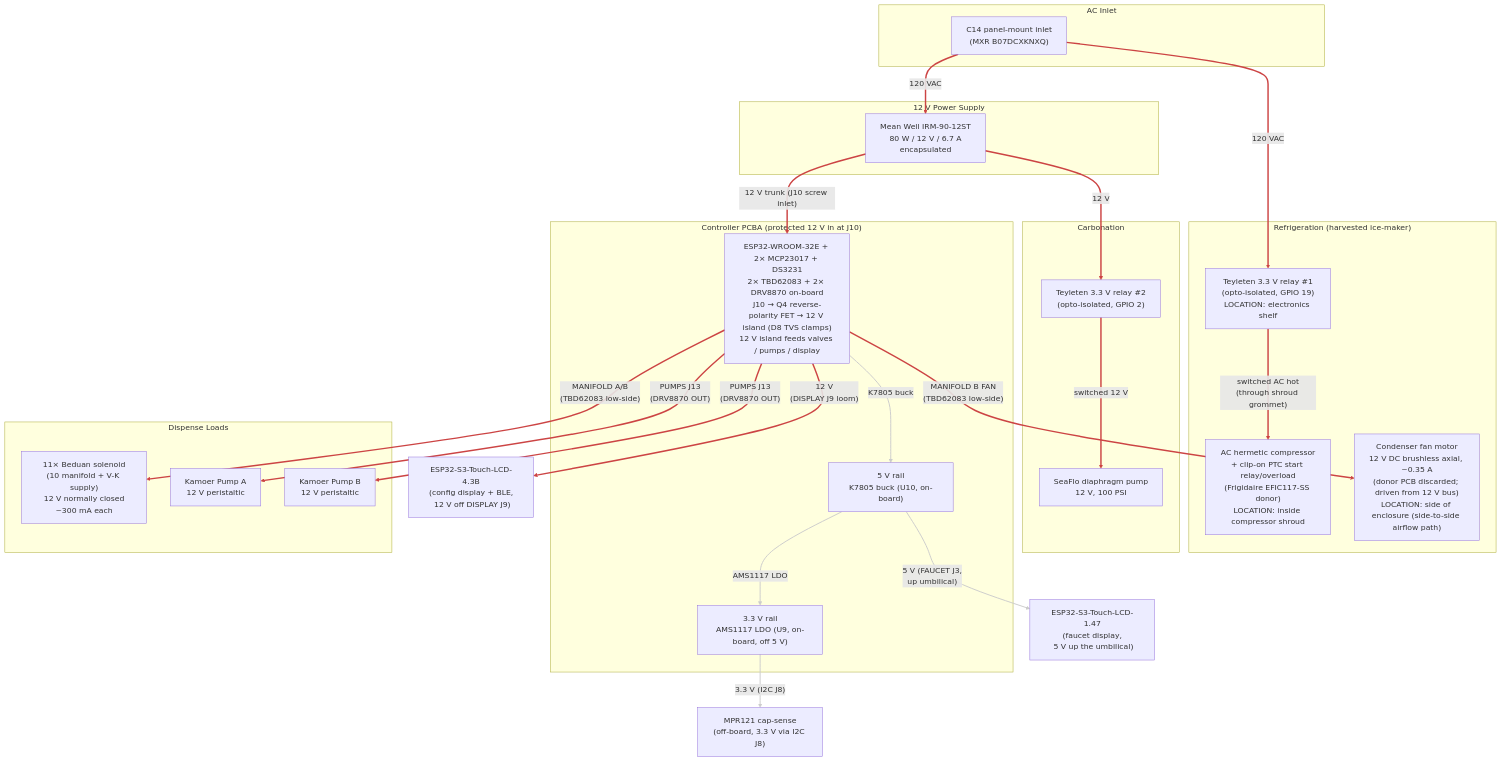
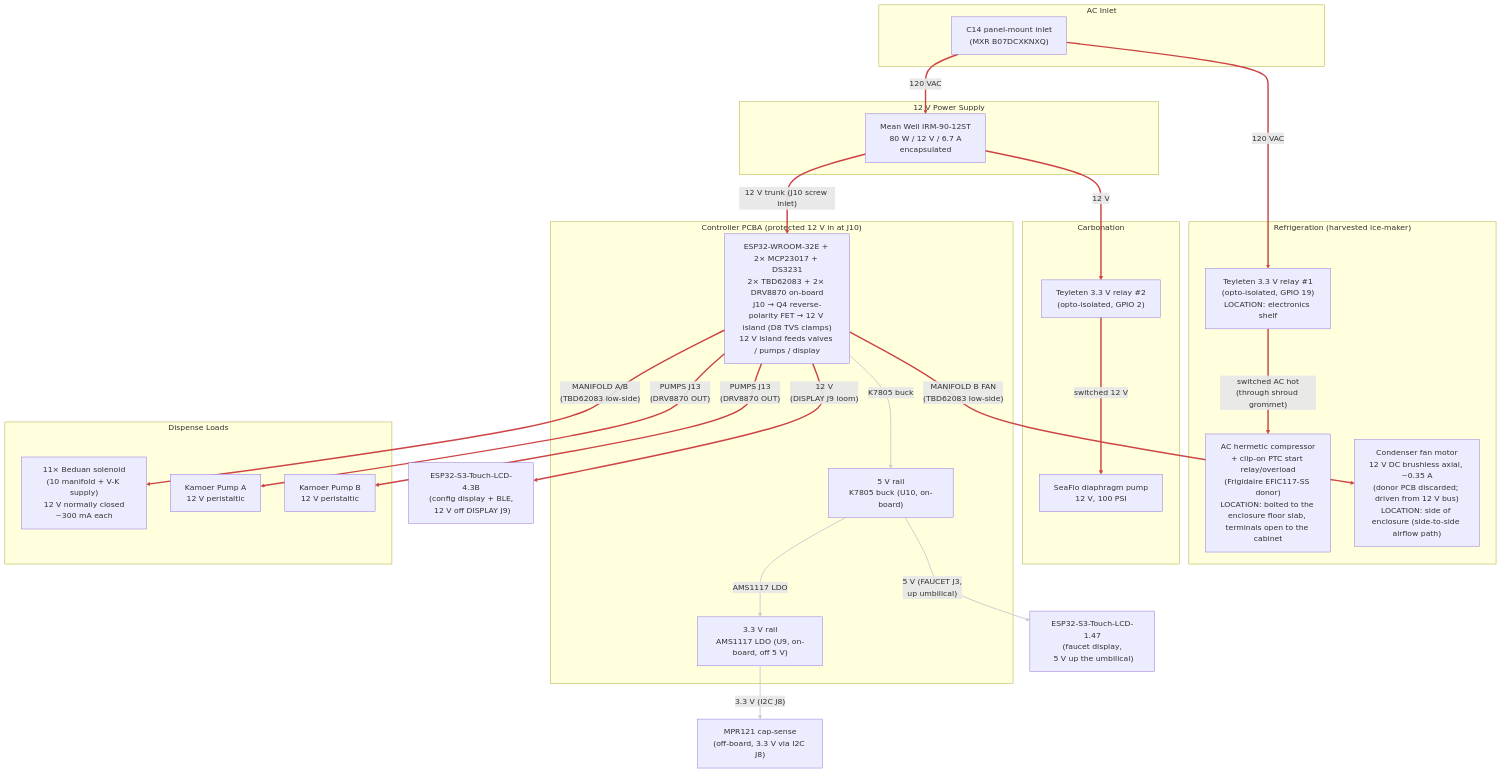
One commit to derekbreden/homesodamachine changed the diagram in hardware/wiring/power.mmd. Above: the diagram before and after it, drawn with Mermaid. The commit also changed 4 other files, not shown here.

```diff
--- a/hardware/wiring/power.mmd
+++ b/hardware/wiring/power.mmd
@@ -1,131 +1,133 @@
 flowchart TD
 
   %% Power Distribution (current plan).
   %% 120 VAC mains in via C14 inlet; Mean Well 12 V PSU supplies the
   %% 12 V bus for everything except the compressor itself, which runs
   %% on switched mains via Teyleten relay #1 (PCBA RELAYS J5, ESP32
   %% GPIO 19). The 12 V diaphragm pump is gated by Teyleten relay #2
   %% (PCBA RELAYS J5, ESP32 GPIO 2) so firmware can keep refill off
   %% during an active dispense. Both relay modules take their coil/opto
   %% 5 V from RELAYS J5.
   %% The 12 V bus feeds the controller PCBA at its screw inlet (J10).
   %% The inlet is protected in series: a P-channel MOSFET (Q4, AO3407)
   %% in the high side blocks reverse polarity before the 12 V reaches the
   %% island; and a 15 V TVS (D8, SMAJ15A) clamps input surges the board
   %% sees to under C3's 25 V rating. Overcurrent is bounded by the Mean
   %% Well supply's own 6.7 A OCP.
   %% The board makes its own logic rails — 5 V from the on-board K7805
   %% buck (U10), 3.3 V from the on-board AMS1117 LDO (U9, off the 5 V
   %% rail) — and carries the WROOM, both MCP23017s, the RTC, both
   %% TBD62083s, and the two DRV8870 pump H-bridges. Off-board 12 V
   %% loads draw through the board: solenoid valves + condenser fan
   %% through the TBD62083 channels (MANIFOLD A/B), peristaltic pumps through
   %% the DRV8870s (PUMPS J13), and the 4.3B config display through its
   %% loom connector (DISPLAY J9 carries RS485 + 12 V). The faucet
   %% display takes 5 V up the umbilical (FAUCET J3); the sensor loom
   %% (SENSORS J4) and the MQ-6 heater (GAS J11) draw 5 V / 3.3 V off
   %% the same on-board rails.
   %% Physical placement:
   %% - The C14 inlet, AC distribution, PSU, both Teyleten relays, and
   %%   the controller PCBA sit on a single electronics shelf at the
   %%   top-back of the enclosure, behind the rear-panel C14 inlet.
-  %% - The compressor sits middle-bottom inside a fire-rated metal
-  %%   shroud (because the appliance is going into kitchens used by
-  %%   friends, family, and customers the founder knows by name, and
-  %%   safe handling of the R-600a charge is what UL 60335-2-89
-  %%   actually requires); its clip-on PTC start relay + overload
-  %%   module is co-located with the compressor body inside the shroud.
-  %% - Teyleten relay #1 stays on the SHELF, OUTSIDE the shroud.
-  %%   Only switched AC enters the shroud (one wire bundle through one
-  %%   grommet: switched H + N + chassis G). This avoids placing an
-  %%   arcing contact inside the protected hydrocarbon-refrigerant
-  %%   compartment.
+  %% - The compressor sits middle-bottom, bolted down to the enclosure
+  %%   floor slab on four printed posts. Its terminal block and its
+  %%   clip-on PTC start relay + overload module stand OPEN to the
+  %%   cabinet volume — nothing encloses them. `/business/regulatory.md`
+  %%   carries that as a live gap against 60335-2-24's fire-enclosure
+  %%   requirement, and closing it is a prerequisite for any claim.
+  %% - Teyleten relay #1 stays on the SHELF, away from the refrigerant
+  %%   compartment. Only switched AC reaches the compressor — one
+  %%   jacketed SJOOW bundle, switched H + N + chassis G (AC-4/5/6),
+  %%   unbroken from the shelf and its own strain relief. This keeps
+  %%   the arcing contact out of the hydrocarbon-refrigerant volume,
+  %%   which is the one placement rule that still holds there.
   %% - The condenser fan motor is on the side of the enclosure
-  %%   (the side-to-side intake → condenser → exhaust airflow path)
-  %%   and is OUTSIDE the shroud. It is a 12 V DC brushless axial
+  %%   (the side-to-side intake → condenser → exhaust airflow path).
+  %%   It is a 12 V DC brushless axial
   %%   fan: the donor ice maker's own PCB regulated mains to 12 V
   %%   to drive it (factory wiring was never AC on the fan itself),
   %%   so on harvest we discard the donor PCB and drive the fan
   %%   from our own 12 V bus. Low-side switched via one channel of
   %%   TBD62083 #2 (MANIFOLD B FAN pin, driven from MCP23017 0x21
   %%   PA3) — same pattern as the solenoid valves. Firmware turns it
   %%   on/off in lockstep with the compressor.
   %% See `ac-wiring-schedule.md` for run-by-run gauges + lengths and
-  %% `../cut-parts/compressor-shroud/` for the shroud part.
+  %% `../assembly/enclosure-mechanical.md` §5 for the compressor's
+  %% four floor posts and the bond that lands under one of their screws.
 
   subgraph AC_Inlet["AC Inlet"]
     C14["C14 panel-mount inlet\n(MXR B07DCXKNXQ)"]
   end
 
   subgraph Supply["12 V Power Supply"]
     PSU["Mean Well IRM-90-12ST\n80 W / 12 V / 6.7 A\nencapsulated"]
   end
 
   subgraph Refrigeration["Refrigeration  (harvested ice-maker)"]
     RELAY["Teyleten 3.3 V relay #1\n(opto-isolated, GPIO 19)\nLOCATION: electronics shelf"]
-    COMP_AC["AC hermetic compressor\n+ clip-on PTC start relay/overload\n(Frigidaire EFIC117-SS donor)\nLOCATION: inside compressor shroud"]
+    COMP_AC["AC hermetic compressor\n+ clip-on PTC start relay/overload\n(Frigidaire EFIC117-SS donor)\nLOCATION: bolted to the enclosure floor slab, terminals open to the cabinet"]
     COND_FAN["Condenser fan motor\n12 V DC brushless axial, ~0.35 A\n(donor PCB discarded; driven from 12 V bus)\nLOCATION: side of enclosure (side-to-side airflow path)"]
   end
 
   subgraph Carbonation["Carbonation"]
     DIA_RELAY["Teyleten 3.3 V relay #2\n(opto-isolated, GPIO 2)"]
     DIA_PUMP["SeaFlo diaphragm pump\n12 V, 100 PSI"]
   end
 
   subgraph Board["Controller PCBA  (protected 12 V in at J10)"]
     PCBA["ESP32-WROOM-32E + 2× MCP23017 + DS3231\n2× TBD62083 + 2× DRV8870 on-board\nJ10 → Q4 reverse-polarity FET → 12 V island (D8 TVS clamps)\n12 V island feeds valves / pumps / display"]
     REG_5V["5 V rail\nK7805 buck (U10, on-board)"]
     REG_3V3["3.3 V rail\nAMS1117 LDO (U9, on-board, off 5 V)"]
   end
 
   subgraph Dispense["Dispense Loads"]
     VALVES["11× Beduan solenoid\n(10 manifold + V-K supply)\n12 V normally closed\n~300 mA each"]
     PUMP_A["Kamoer Pump A\n12 V peristaltic"]
     PUMP_B["Kamoer Pump B\n12 V peristaltic"]
   end
 
   CFG["ESP32-S3-Touch-LCD-4.3B\n(config display + BLE,\n 12 V off DISPLAY J9)"]
 
   FAUCET["ESP32-S3-Touch-LCD-1.47\n(faucet display,\n 5 V up the umbilical)"]
 
   MPR["MPR121 cap-sense\n(off-board, 3.3 V via I2C J8)"]
 
   %% AC distribution (hot leg)
   C14 ==>|"120 VAC"| RELAY
   C14 ==>|"120 VAC"| PSU
   RELAY ==>|"switched AC hot\n(through shroud grommet)"| COMP_AC
 
   %% 12 V distribution
   PSU ==>|"12 V trunk (J10 screw inlet)"| PCBA
   PSU ==>|"12 V"| DIA_RELAY
   DIA_RELAY ==>|"switched 12 V"| DIA_PUMP
   PCBA ==>|"MANIFOLD A/B\n(TBD62083 low-side)"| VALVES
   PCBA ==>|"MANIFOLD B FAN\n(TBD62083 low-side)"| COND_FAN
   PCBA ==>|"PUMPS J13\n(DRV8870 OUT)"| PUMP_A
   PCBA ==>|"PUMPS J13\n(DRV8870 OUT)"| PUMP_B
   PCBA ==>|"12 V\n(DISPLAY J9 loom)"| CFG
 
   %% Logic rails (made on the PCBA)
   PCBA -->|"K7805 buck"| REG_5V
   REG_5V -->|"5 V (FAUCET J3,\n up umbilical)"| FAUCET
   REG_5V -->|"AMS1117 LDO"| REG_3V3
   REG_3V3 -->|"3.3 V (I2C J8)"| MPR
 
   %% Power paths (red, thick).
   %% 0    = C14 -> relay #1 (AC mains)
   %% 1    = C14 -> PSU (AC mains)
   %% 2    = relay #1 -> compressor (switched AC, through shroud)
   %% 3    = PSU 12 V trunk -> PCBA (J10)
   %% 4    = PSU 12 V -> diaphragm relay #2
   %% 5    = relay #2 -> diaphragm pump (switched 12 V)
   %% 6    = PCBA -> solenoid valves (TBD62083 low-side)
   %% 7    = PCBA -> condenser fan (TBD62083 low-side)
   %% 8-9  = PCBA -> peristaltic pumps (DRV8870)
   %% 10   = PCBA -> 4.3B config display (12 V off J9)
   linkStyle 0,1,2,3,4,5,6,7,8,9,10 stroke:#c44,stroke-width:3px
   %% Logic rails (5 V, 3.3 V), made on the PCBA: white workhorse.
   %% 11 = K7805 buck -> 5 V rail
   %% 12 = 5 V rail -> faucet display (up umbilical)
   %% 13 = AMS1117 -> 3.3 V rail
   %% 14 = 3.3 V rail -> off-board MPR121 (I2C header)
   linkStyle 11,12,13,14 stroke:#ccc,stroke-width:2px
```
